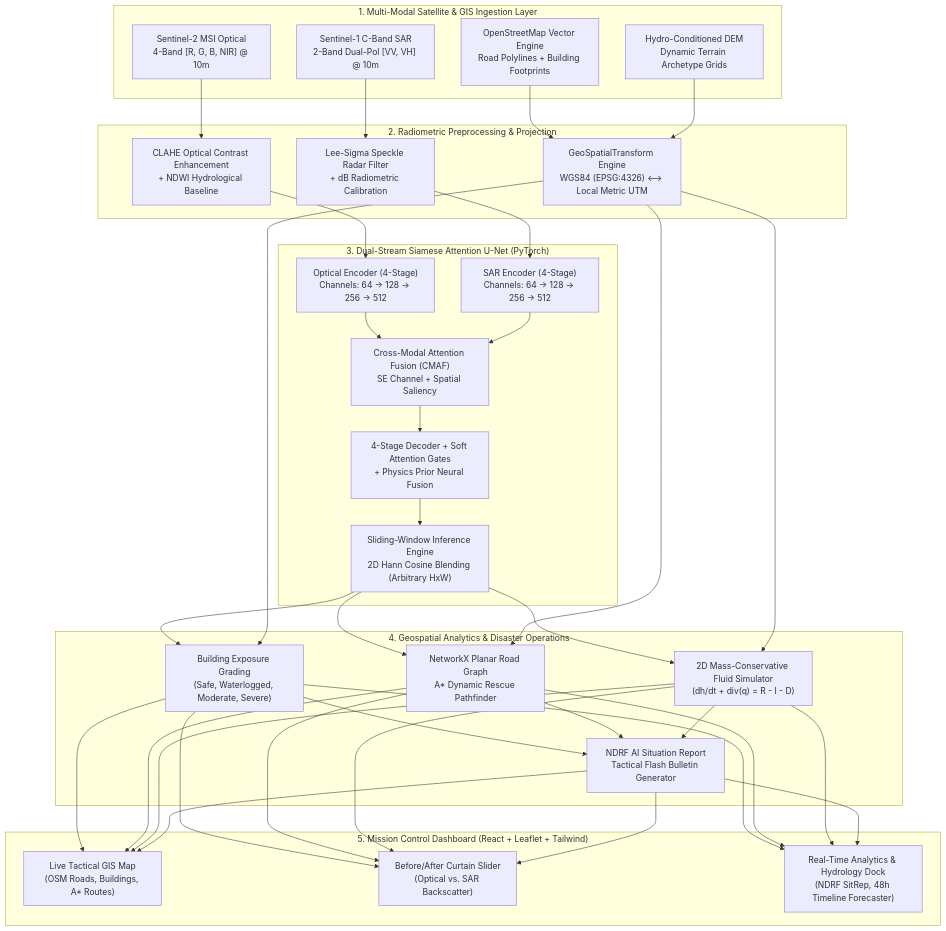
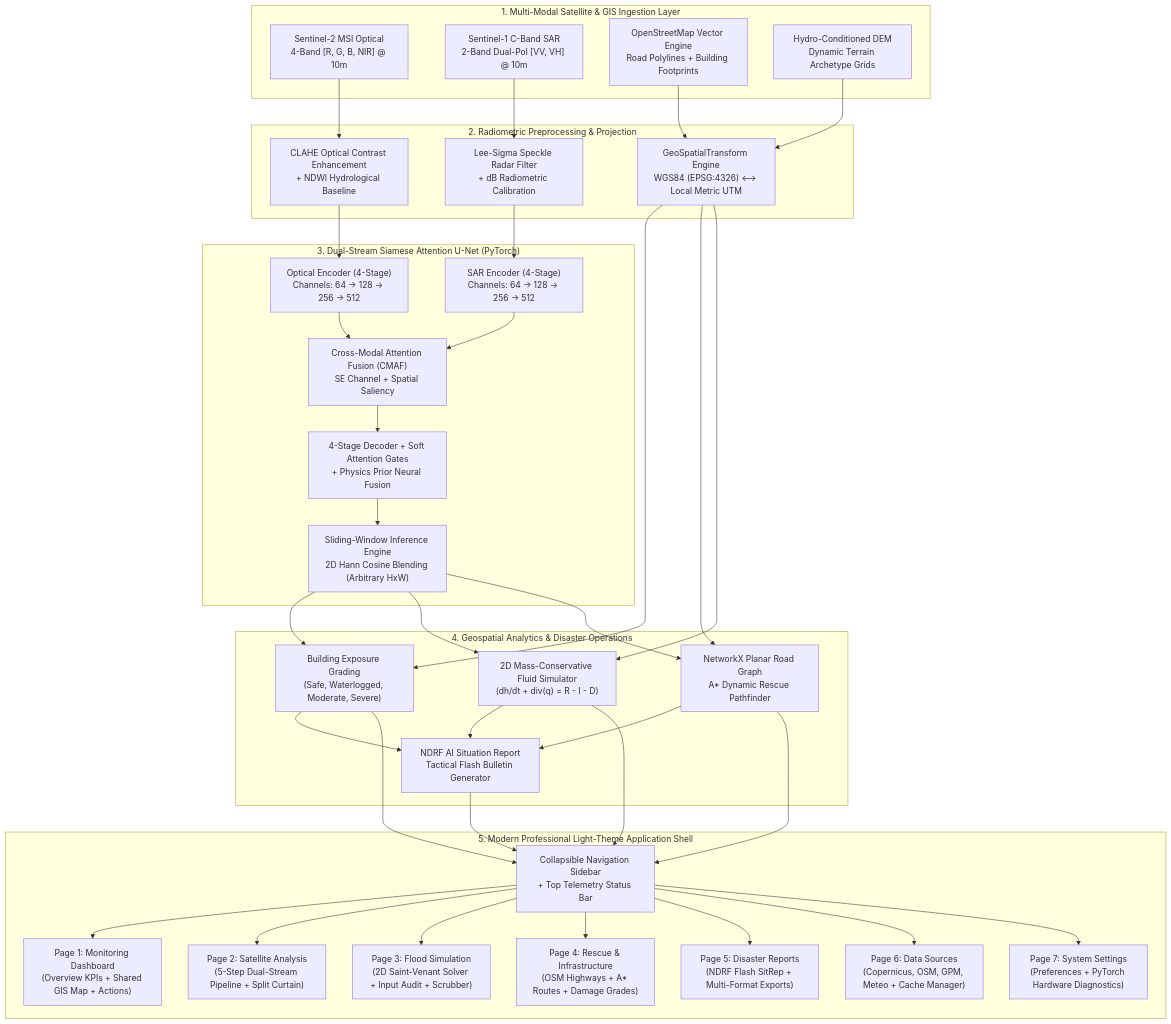
The first of 4 diagrams in README.md (vickySv-design/FLOODSENSE-AI), drawn with Mermaid before and after one commit. The commit also changed other lines of this file and 18 other files, not shown here.

Commit message:
docs(readme): update README with 7-page modern light theme architecture, verified defect resolutions, and comprehensive test suite

````diff
--- a/README.md
+++ b/README.md
@@ -68,44 +72,49 @@
 ```mermaid
 flowchart TD
     subgraph INGESTION["1. Multi-Modal Satellite & GIS Ingestion Layer"]
         S2["Sentinel-2 MSI Optical<br/>4-Band [R, G, B, NIR] @ 10m"]
         S1["Sentinel-1 C-Band SAR<br/>2-Band Dual-Pol [VV, VH] @ 10m"]
         OSM["OpenStreetMap Vector Engine<br/>Road Polylines + Building Footprints"]
         DEM["Hydro-Conditioned DEM<br/>Dynamic Terrain Archetype Grids"]
     end
 
     subgraph PREPROC["2. Radiometric Preprocessing & Projection"]
         CLAHE["CLAHE Optical Contrast Enhancement<br/>+ NDWI Hydrological Baseline"]
         LEE["Lee-Sigma Speckle Radar Filter<br/>+ dB Radiometric Calibration"]
         GEOREF["GeoSpatialTransform Engine<br/>WGS84 (EPSG:4326) <--> Local Metric UTM"]
     end
 
     subgraph DL_ENGINE["3. Dual-Stream Siamese Attention U-Net (PyTorch)"]
         OPT_ENC["Optical Encoder (4-Stage)<br/>Channels: 64 -> 128 -> 256 -> 512"]
         SAR_ENC["SAR Encoder (4-Stage)<br/>Channels: 64 -> 128 -> 256 -> 512"]
         CMAF["Cross-Modal Attention Fusion (CMAF)<br/>SE Channel + Spatial Saliency"]
         DEC["4-Stage Decoder + Soft Attention Gates<br/>+ Physics Prior Neural Fusion"]
         SLIDE["Sliding-Window Inference Engine<br/>2D Hann Cosine Blending (Arbitrary HxW)"]
     end
 
     subgraph TACTICAL["4. Geospatial Analytics & Disaster Operations"]
         DAMAGE["Building Exposure Grading<br/>(Safe, Waterlogged, Moderate, Severe)"]
         HYDRO["2D Mass-Conservative Fluid Simulator<br/>(dh/dt + div(q) = R - I - D)"]
         ASTAR["NetworkX Planar Road Graph<br/>A* Dynamic Rescue Pathfinder"]
         SITREP["NDRF AI Situation Report<br/>Tactical Flash Bulletin Generator"]
     end
 
-    subgraph UI["5. Mission Control Dashboard (React + Leaflet + Tailwind)"]
-        VIEW1["Live Tactical GIS Map<br/>(OSM Roads, Buildings, A* Routes)"]
-        VIEW2["Before/After Curtain Slider<br/>(Optical vs. SAR Backscatter)"]
-        DOCK["Real-Time Analytics & Hydrology Dock<br/>(NDRF SitRep, 48h Timeline Forecaster)"]
+    subgraph UI["5. Modern Professional Light-Theme Application Shell"]
+        SHELL["Collapsible Navigation Sidebar<br/>+ Top Telemetry Status Bar"]
+        P1["Page 1: Monitoring Dashboard<br/>(Overview KPIs + Shared GIS Map + Actions)"]
+        P2["Page 2: Satellite Analysis<br/>(5-Step Dual-Stream Pipeline + Split Curtain)"]
+        P3["Page 3: Flood Simulation<br/>(2D Saint-Venant Solver + Input Audit + Scrubber)"]
+        P4["Page 4: Rescue & Infrastructure<br/>(OSM Highways + A* Routes + Damage Grades)"]
+        P5["Page 5: Disaster Reports<br/>(NDRF Flash SitRep + Multi-Format Exports)"]
+        P6["Page 6: Data Sources<br/>(Copernicus, OSM, GPM, Meteo + Cache Manager)"]
+        P7["Page 7: System Settings<br/>(Preferences + PyTorch Hardware Diagnostics)"]
     end
 
     S2 --> CLAHE --> OPT_ENC
     S1 --> LEE --> SAR_ENC
     OPT_ENC & SAR_ENC --> CMAF --> DEC --> SLIDE
     SLIDE --> DAMAGE & HYDRO & ASTAR
     OSM & DEM --> GEOREF --> DAMAGE & ASTAR & HYDRO
     DAMAGE & ASTAR & HYDRO --> SITREP
-    DAMAGE & ASTAR & HYDRO & SITREP --> VIEW1 & VIEW2 & DOCK
+    DAMAGE & ASTAR & HYDRO & SITREP --> SHELL --> P1 & P2 & P3 & P4 & P5 & P6 & P7
 ```
````
